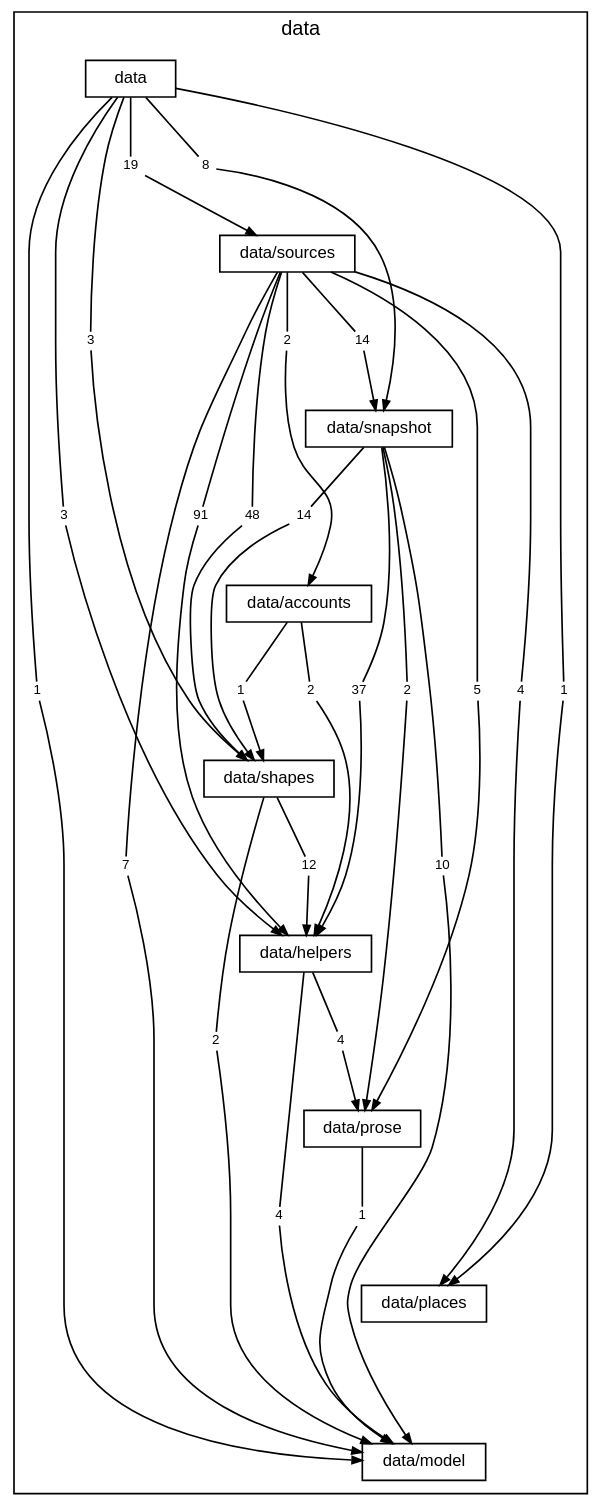
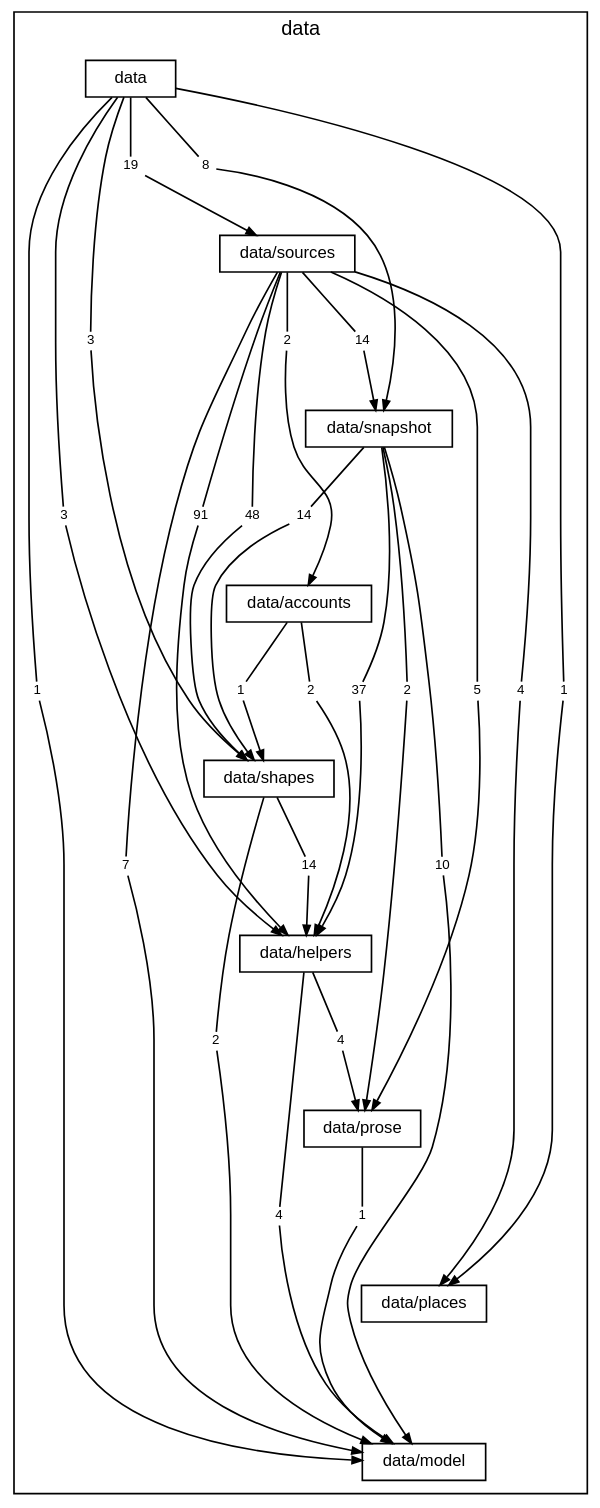
One commit to TheAxeC/oculus changed the diagram in docs/diagrams/layer-data.dot. Above: the diagram before and after it, drawn with Graphviz. The commit also changed 179 other files, not shown here.

```diff
--- a/docs/diagrams/layer-data.dot
+++ b/docs/diagrams/layer-data.dot
@@ -1,97 +1,97 @@
 digraph layer_data {
     graph [bgcolor="transparent", rankdir=TB, newrank=true, mclimit=4, fontname="Helvetica", fontsize=12, nodesep=0.2, ranksep=0.5];
     node [shape=box, color="black", fontcolor="black", fontname="Helvetica", fontsize=10, height=0.3, margin="0.12,0.04"];
     edge [color="black", fontcolor="black", fontname="Helvetica", fontsize=8, arrowsize=0.6];
     subgraph "cluster_data" {
         label="data"; style=solid;
         "folder data" [label="data"];
         "folder data/sources" [label="data/sources"];
         "folder data/snapshot" [label="data/snapshot"];
         "folder data/accounts" [label="data/accounts"];
         "folder data/shapes" [label="data/shapes"];
         "folder data/helpers" [label="data/helpers"];
         "folder data/prose" [label="data/prose"];
         "folder data/places" [label="data/places"];
         "folder data/model" [label="data/model"];
         "folder data to folder data/helpers" [label="3", shape=box, color="transparent", fontsize=8, width=0, height=0, margin="0.04,0.02"];
         "folder data to folder data/model" [label="1", shape=box, color="transparent", fontsize=8, width=0, height=0, margin="0.04,0.02"];
         "folder data to folder data/places" [label="1", shape=box, color="transparent", fontsize=8, width=0, height=0, margin="0.04,0.02"];
         "folder data to folder data/shapes" [label="3", shape=box, color="transparent", fontsize=8, width=0, height=0, margin="0.04,0.02"];
         "folder data to folder data/snapshot" [label="8", shape=box, color="transparent", fontsize=8, width=0, height=0, margin="0.04,0.02"];
         "folder data to folder data/sources" [label="19", shape=box, color="transparent", fontsize=8, width=0, height=0, margin="0.04,0.02"];
         "folder data/sources to folder data/accounts" [label="2", shape=box, color="transparent", fontsize=8, width=0, height=0, margin="0.04,0.02"];
         "folder data/sources to folder data/helpers" [label="91", shape=box, color="transparent", fontsize=8, width=0, height=0, margin="0.04,0.02"];
         "folder data/sources to folder data/model" [label="7", shape=box, color="transparent", fontsize=8, width=0, height=0, margin="0.04,0.02"];
         "folder data/sources to folder data/places" [label="4", shape=box, color="transparent", fontsize=8, width=0, height=0, margin="0.04,0.02"];
         "folder data/sources to folder data/prose" [label="5", shape=box, color="transparent", fontsize=8, width=0, height=0, margin="0.04,0.02"];
         "folder data/sources to folder data/shapes" [label="48", shape=box, color="transparent", fontsize=8, width=0, height=0, margin="0.04,0.02"];
         "folder data/sources to folder data/snapshot" [label="14", shape=box, color="transparent", fontsize=8, width=0, height=0, margin="0.04,0.02"];
         "folder data/snapshot to folder data/helpers" [label="37", shape=box, color="transparent", fontsize=8, width=0, height=0, margin="0.04,0.02"];
         "folder data/snapshot to folder data/model" [label="10", shape=box, color="transparent", fontsize=8, width=0, height=0, margin="0.04,0.02"];
         "folder data/snapshot to folder data/prose" [label="2", shape=box, color="transparent", fontsize=8, width=0, height=0, margin="0.04,0.02"];
         "folder data/snapshot to folder data/shapes" [label="14", shape=box, color="transparent", fontsize=8, width=0, height=0, margin="0.04,0.02"];
         "folder data/accounts to folder data/helpers" [label="2", shape=box, color="transparent", fontsize=8, width=0, height=0, margin="0.04,0.02"];
         "folder data/accounts to folder data/shapes" [label="1", shape=box, color="transparent", fontsize=8, width=0, height=0, margin="0.04,0.02"];
-        "folder data/shapes to folder data/helpers" [label="12", shape=box, color="transparent", fontsize=8, width=0, height=0, margin="0.04,0.02"];
+        "folder data/shapes to folder data/helpers" [label="14", shape=box, color="transparent", fontsize=8, width=0, height=0, margin="0.04,0.02"];
         "folder data/shapes to folder data/model" [label="2", shape=box, color="transparent", fontsize=8, width=0, height=0, margin="0.04,0.02"];
         "folder data/helpers to folder data/model" [label="4", shape=box, color="transparent", fontsize=8, width=0, height=0, margin="0.04,0.02"];
         "folder data/helpers to folder data/prose" [label="4", shape=box, color="transparent", fontsize=8, width=0, height=0, margin="0.04,0.02"];
         "folder data/prose to folder data/model" [label="1", shape=box, color="transparent", fontsize=8, width=0, height=0, margin="0.04,0.02"];
     }
     "folder data" -> "folder data/sources" [style=invis, weight=10, minlen=2];
     "folder data/sources" -> "folder data/snapshot" [style=invis, weight=10, minlen=2];
     "folder data/snapshot" -> "folder data/accounts" [style=invis, weight=10, minlen=2];
     "folder data/accounts" -> "folder data/shapes" [style=invis, weight=10, minlen=2];
     "folder data/shapes" -> "folder data/helpers" [style=invis, weight=10, minlen=2];
     "folder data/helpers" -> "folder data/prose" [style=invis, weight=10, minlen=2];
     "folder data/prose" -> "folder data/places" [style=invis, weight=10, minlen=2];
     "folder data/places" -> "folder data/model" [style=invis, weight=10, minlen=2];
     "folder data" -> "folder data to folder data/helpers" [arrowhead=none, minlen=5, weight=10];
     "folder data to folder data/helpers" -> "folder data/helpers" [];
     "folder data" -> "folder data to folder data/model" [arrowhead=none, minlen=7, weight=10];
     "folder data to folder data/model" -> "folder data/model" [];
     "folder data" -> "folder data to folder data/places" [arrowhead=none, minlen=7, weight=10];
     "folder data to folder data/places" -> "folder data/places" [];
     "folder data" -> "folder data to folder data/shapes" [arrowhead=none, minlen=3, weight=10];
     "folder data to folder data/shapes" -> "folder data/shapes" [];
     "folder data" -> "folder data to folder data/snapshot" [arrowhead=none, minlen=1, weight=10];
     "folder data to folder data/snapshot" -> "folder data/snapshot" [];
     "folder data" -> "folder data to folder data/sources" [arrowhead=none, minlen=1, weight=10];
     "folder data to folder data/sources" -> "folder data/sources" [];
     "folder data/sources" -> "folder data/sources to folder data/accounts" [arrowhead=none, minlen=1, weight=10];
     "folder data/sources to folder data/accounts" -> "folder data/accounts" [];
     "folder data/sources" -> "folder data/sources to folder data/helpers" [arrowhead=none, minlen=3, weight=10];
     "folder data/sources to folder data/helpers" -> "folder data/helpers" [];
     "folder data/sources" -> "folder data/sources to folder data/model" [arrowhead=none, minlen=7, weight=10];
     "folder data/sources to folder data/model" -> "folder data/model" [];
     "folder data/sources" -> "folder data/sources to folder data/places" [arrowhead=none, minlen=5, weight=10];
     "folder data/sources to folder data/places" -> "folder data/places" [];
     "folder data/sources" -> "folder data/sources to folder data/prose" [arrowhead=none, minlen=5, weight=10];
     "folder data/sources to folder data/prose" -> "folder data/prose" [];
     "folder data/sources" -> "folder data/sources to folder data/shapes" [arrowhead=none, minlen=3, weight=10];
     "folder data/sources to folder data/shapes" -> "folder data/shapes" [];
     "folder data/sources" -> "folder data/sources to folder data/snapshot" [arrowhead=none, minlen=1, weight=10];
     "folder data/sources to folder data/snapshot" -> "folder data/snapshot" [];
     "folder data/snapshot" -> "folder data/snapshot to folder data/helpers" [arrowhead=none, minlen=3, weight=10];
     "folder data/snapshot to folder data/helpers" -> "folder data/helpers" [];
     "folder data/snapshot" -> "folder data/snapshot to folder data/model" [arrowhead=none, minlen=5, weight=10];
     "folder data/snapshot to folder data/model" -> "folder data/model" [];
     "folder data/snapshot" -> "folder data/snapshot to folder data/prose" [arrowhead=none, minlen=3, weight=10];
     "folder data/snapshot to folder data/prose" -> "folder data/prose" [];
     "folder data/snapshot" -> "folder data/snapshot to folder data/shapes" [arrowhead=none, minlen=1, weight=10];
     "folder data/snapshot to folder data/shapes" -> "folder data/shapes" [];
     "folder data/accounts" -> "folder data/accounts to folder data/helpers" [arrowhead=none, minlen=1, weight=10];
     "folder data/accounts to folder data/helpers" -> "folder data/helpers" [];
     "folder data/accounts" -> "folder data/accounts to folder data/shapes" [arrowhead=none, minlen=1, weight=10];
     "folder data/accounts to folder data/shapes" -> "folder data/shapes" [];
     "folder data/shapes" -> "folder data/shapes to folder data/helpers" [arrowhead=none, minlen=1, weight=10];
     "folder data/shapes to folder data/helpers" -> "folder data/helpers" [];
     "folder data/shapes" -> "folder data/shapes to folder data/model" [arrowhead=none, minlen=3, weight=10];
     "folder data/shapes to folder data/model" -> "folder data/model" [];
     "folder data/helpers" -> "folder data/helpers to folder data/model" [arrowhead=none, minlen=3, weight=10];
     "folder data/helpers to folder data/model" -> "folder data/model" [];
     "folder data/helpers" -> "folder data/helpers to folder data/prose" [arrowhead=none, minlen=1, weight=10];
     "folder data/helpers to folder data/prose" -> "folder data/prose" [];
     "folder data/prose" -> "folder data/prose to folder data/model" [arrowhead=none, minlen=1, weight=10];
     "folder data/prose to folder data/model" -> "folder data/model" [];
 }
```
